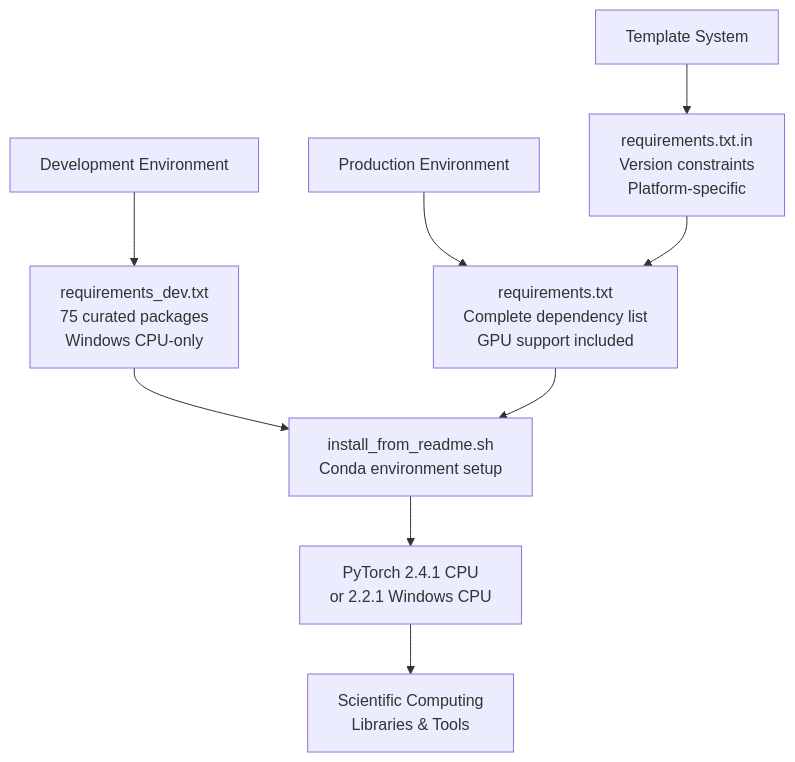
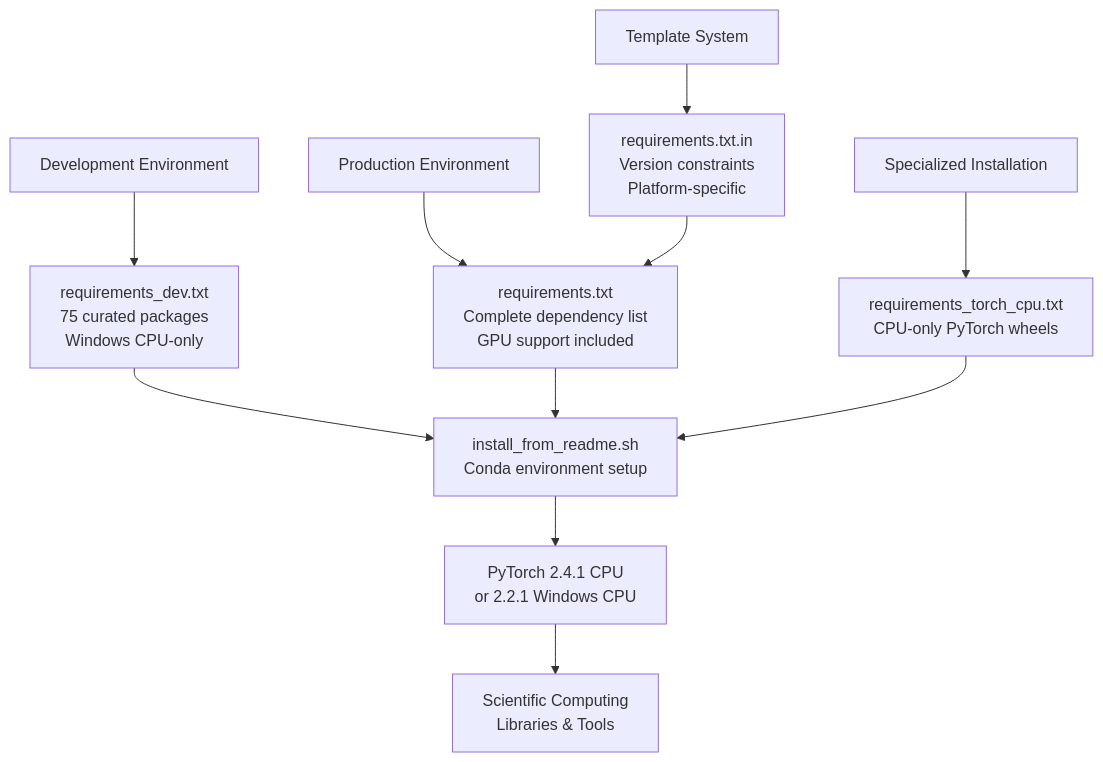
One commit to Fogus-Gr/MeasurementsDTs changed the ninth of 14 diagrams in .qoder/repowiki/en/content/Development Tools/Development Tools.md. Above: the diagram before and after it, drawn with Mermaid. The commit also changed other lines of this file and 14 other files, not shown here.

````diff
--- a/.qoder/repowiki/en/content/Development Tools/Development Tools.md
+++ b/.qoder/repowiki/en/content/Development Tools/Development Tools.md
@@ -476,11 +534,13 @@
 ```mermaid
 flowchart TD
 DevEnv["Development Environment"] --> DevReqs["requirements_dev.txt<br/>75 curated packages<br/>Windows CPU-only"]
 ProdEnv["Production Environment"] --> ProdReqs["requirements.txt<br/>Complete dependency list<br/>GPU support included"]
 Template["Template System"] --> TemplateReqs["requirements.txt.in<br/>Version constraints<br/>Platform-specific"]
+TorchCPU["Specialized Installation"] --> TorchReqs["requirements_torch_cpu.txt<br/>CPU-only PyTorch wheels"]
 DevReqs --> Install["install_from_readme.sh<br/>Conda environment setup"]
 ProdReqs --> Install
 TemplateReqs --> ProdReqs
+TorchReqs --> Install
 Install --> PyTorch["PyTorch 2.4.1 CPU<br/>or 2.2.1 Windows CPU"]
 PyTorch --> DevTools["Scientific Computing<br/>Libraries & Tools"]
 ```
````
